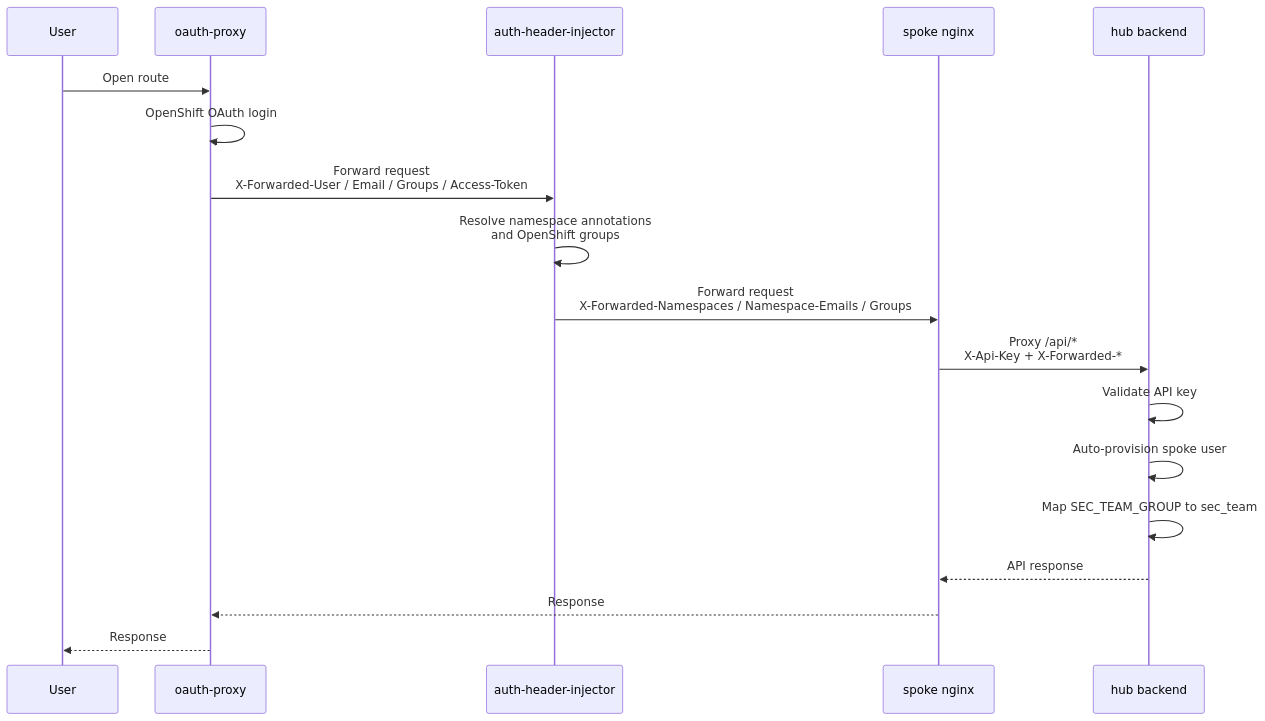
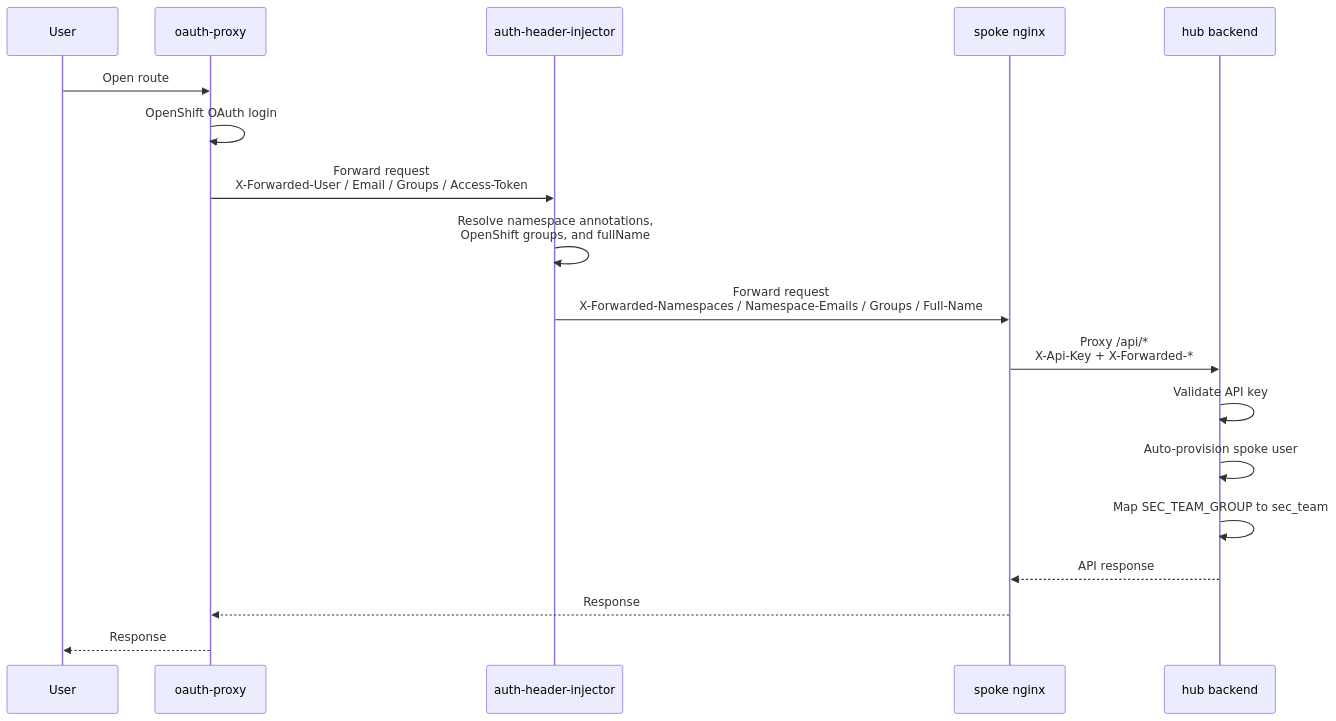
One commit to dadav/rhacs-manager changed the diagram in docs/security.md. Above: the diagram before and after it, drawn with Mermaid. The commit also changed other lines of this file and 59 other files, not shown here.

````diff
--- a/docs/security.md
+++ b/docs/security.md
@@ -9,21 +9,21 @@
 ```mermaid
 sequenceDiagram
     participant User
     participant OAuth as oauth-proxy
     participant Injector as auth-header-injector
     participant Nginx as spoke nginx
     participant Hub as hub backend
 
     User->>OAuth: Open route
     OAuth->>OAuth: OpenShift OAuth login
     OAuth->>Injector: Forward request<br/>X-Forwarded-User / Email / Groups / Access-Token
-    Injector->>Injector: Resolve namespace annotations<br/>and OpenShift groups
-    Injector->>Nginx: Forward request<br/>X-Forwarded-Namespaces / Namespace-Emails / Groups
+    Injector->>Injector: Resolve namespace annotations,<br/>OpenShift groups, and fullName
+    Injector->>Nginx: Forward request<br/>X-Forwarded-Namespaces / Namespace-Emails / Groups / Full-Name
     Nginx->>Hub: Proxy /api/*<br/>X-Api-Key + X-Forwarded-*
     Hub->>Hub: Validate API key
     Hub->>Hub: Auto-provision spoke user
     Hub->>Hub: Map SEC_TEAM_GROUP to sec_team
     Hub-->>Nginx: API response
     Nginx-->>OAuth: Response
     OAuth-->>User: Response
 ```
````
